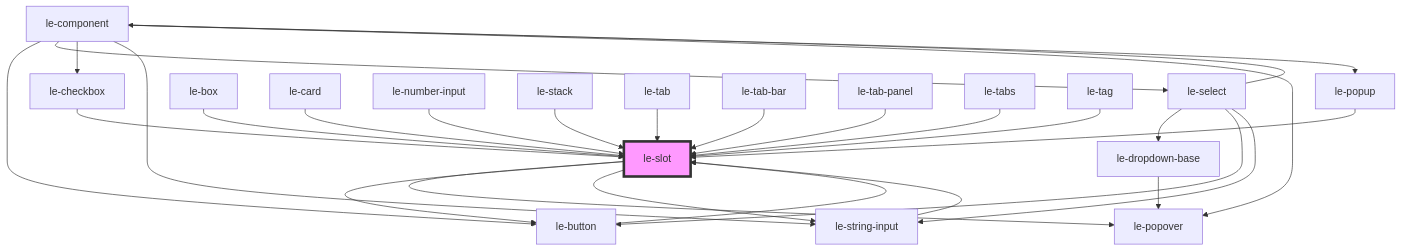
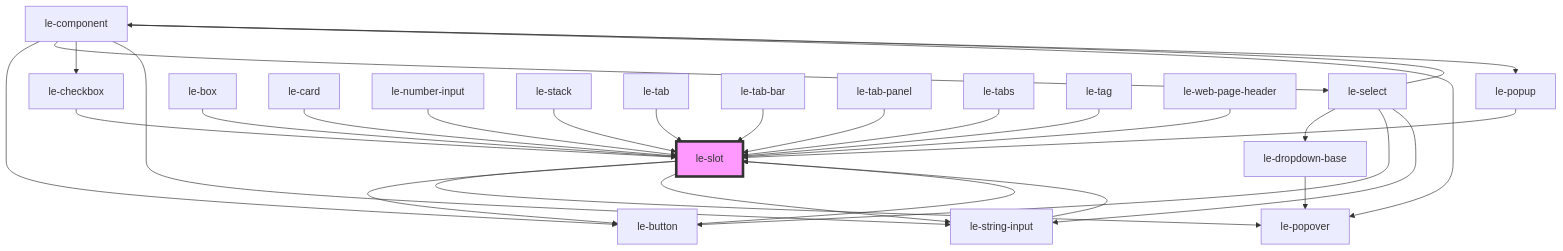
Before and after one commit to leechy/le-kit: the diagram in src/components/le-slot/readme.md, drawn with Mermaid. The commit also changed other lines of this file and 9 other files, not shown here.

Commit message:
feat: add le-web-page-header component

````diff
--- a/src/components/le-slot/readme.md
+++ b/src/components/le-slot/readme.md
@@ -72,31 +73,32 @@
 ```mermaid
 graph TD;
   le-slot --> le-popover
   le-slot --> le-button
   le-slot --> le-string-input
   le-button --> le-slot
   le-component --> le-button
   le-component --> le-select
   le-component --> le-checkbox
   le-component --> le-string-input
   le-component --> le-popover
   le-component --> le-popup
   le-select --> le-component
   le-select --> le-dropdown-base
   le-select --> le-button
   le-select --> le-string-input
   le-dropdown-base --> le-popover
   le-string-input --> le-slot
   le-checkbox --> le-slot
   le-popup --> le-slot
   le-box --> le-slot
   le-card --> le-slot
   le-number-input --> le-slot
   le-stack --> le-slot
   le-tab --> le-slot
   le-tab-bar --> le-slot
   le-tab-panel --> le-slot
   le-tabs --> le-slot
   le-tag --> le-slot
+  le-web-page-header --> le-slot
   style le-slot fill:#f9f,stroke:#333,stroke-width:4px
 ```
````
